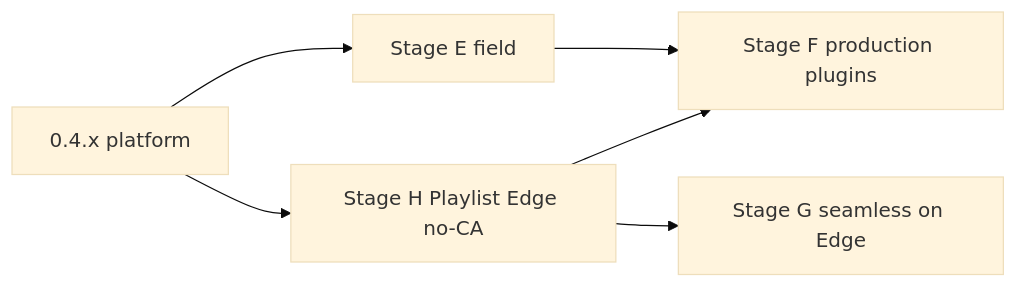
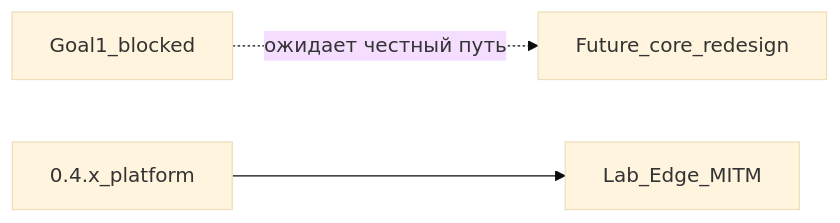
The third of 3 diagrams in docs/ROADMAP.md (denis-ershov/OpenStream-Engine), drawn with Mermaid (base theme) before and after one commit. The commit also changed other lines of this file and 9 other files, not shown here.

````diff
--- a/docs/ROADMAP.md
+++ b/docs/ROADMAP.md
@@ -75,13 +86,8 @@
 ```mermaid
 flowchart LR
-  done[0.4.x platform]
-  e[Stage E field]
-  h[Stage H Playlist Edge no-CA]
-  f[Stage F production plugins]
-  g[Stage G seamless on Edge]
-  done --> e
-  done --> h
-  h --> f
-  h --> g
-  e --> f
+  goal1[Goal1_blocked]
+  lab[Lab_Edge_MITM]
+  done[0.4.x_platform]
+  done --> lab
+  goal1 -.->|ожидает честный путь| future[Future_core_redesign]
 ```
````
